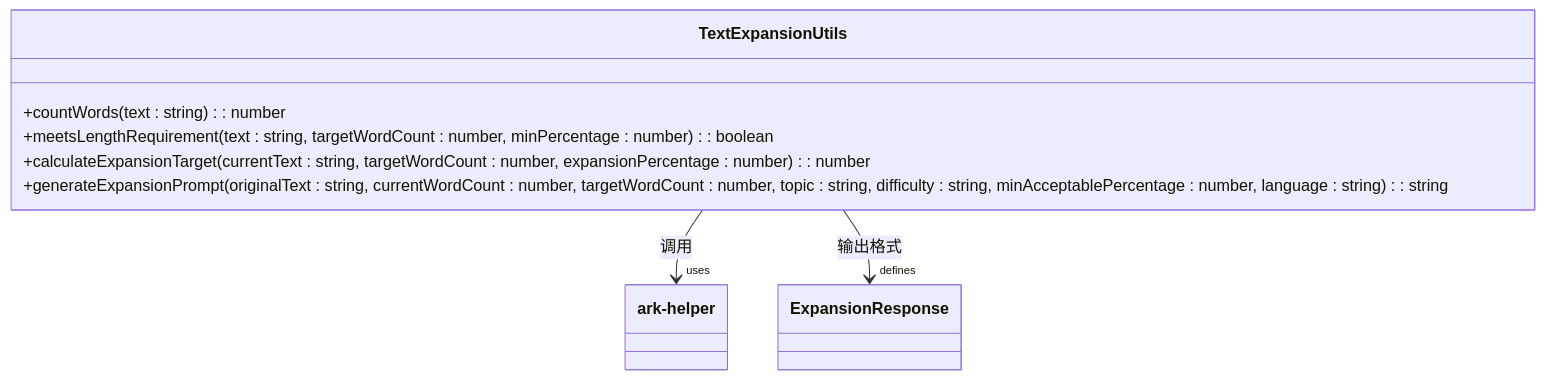
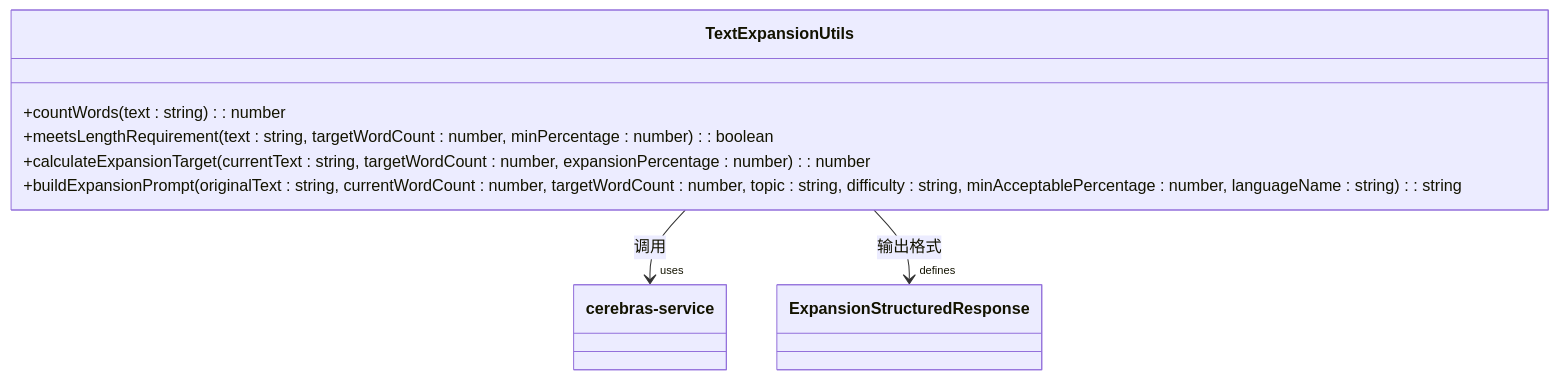
Before and after one commit to arthurlee116/english-listening-trainer: the second of 3 diagrams in .qoder/repowiki/zh/content/后端API接口/AI内容生成API/文本扩展API.md, drawn with Mermaid. The commit also changed other lines of this file and 58 other files, not shown here.

````diff
--- a/.qoder/repowiki/zh/content/后端API接口/AI内容生成API/文本扩展API.md
+++ b/.qoder/repowiki/zh/content/后端API接口/AI内容生成API/文本扩展API.md
@@ -112,11 +120,11 @@
 ```mermaid
 classDiagram
 class TextExpansionUtils {
 +countWords(text : string) : number
 +meetsLengthRequirement(text : string, targetWordCount : number, minPercentage : number) : boolean
 +calculateExpansionTarget(currentText : string, targetWordCount : number, expansionPercentage : number) : number
-+generateExpansionPrompt(originalText : string, currentWordCount : number, targetWordCount : number, topic : string, difficulty : string, minAcceptablePercentage : number, language : string) : string
++buildExpansionPrompt(originalText : string, currentWordCount : number, targetWordCount : number, topic : string, difficulty : string, minAcceptablePercentage : number, languageName : string) : string
 }
-TextExpansionUtils --> "uses" ark-helper : 调用
-TextExpansionUtils --> "defines" ExpansionResponse : 输出格式
+TextExpansionUtils --> "uses" cerebras-service : 调用
+TextExpansionUtils --> "defines" ExpansionStructuredResponse : 输出格式
 ```
````
